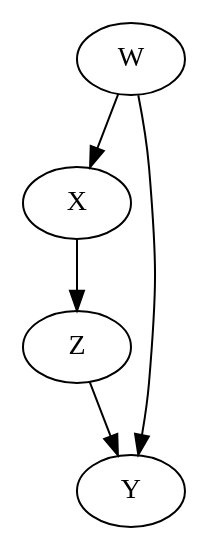
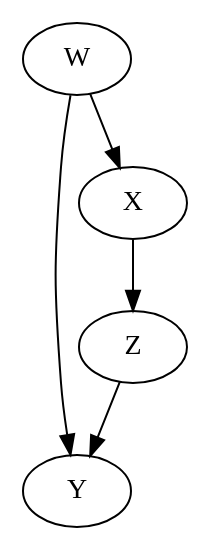
The diagram in output/causal-model.gv (daxelb/ECS4TOMAE), drawn with Graphviz before and after one commit. The commit also changed other lines of this file and 8 other files, not shown here.

```diff
--- a/output/causal-model.gv
+++ b/output/causal-model.gv
@@ -1,10 +1,10 @@
 digraph {
-	X [label=X shape=ellipse]
+	Y [label=Y shape=ellipse]
 	Z [label=Z shape=ellipse]
 	W [label=W shape=ellipse]
-	Y [label=Y shape=ellipse]
+	X [label=X shape=ellipse]
 	W -> X
 	W -> Y
 	X -> Z
 	Z -> Y
 }
```
